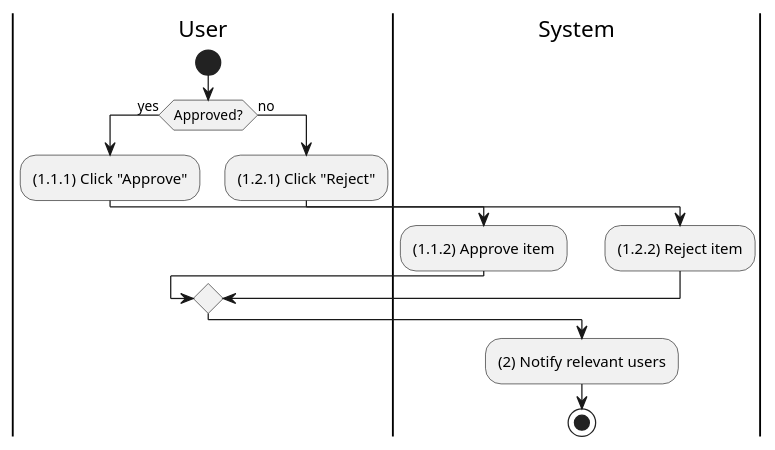
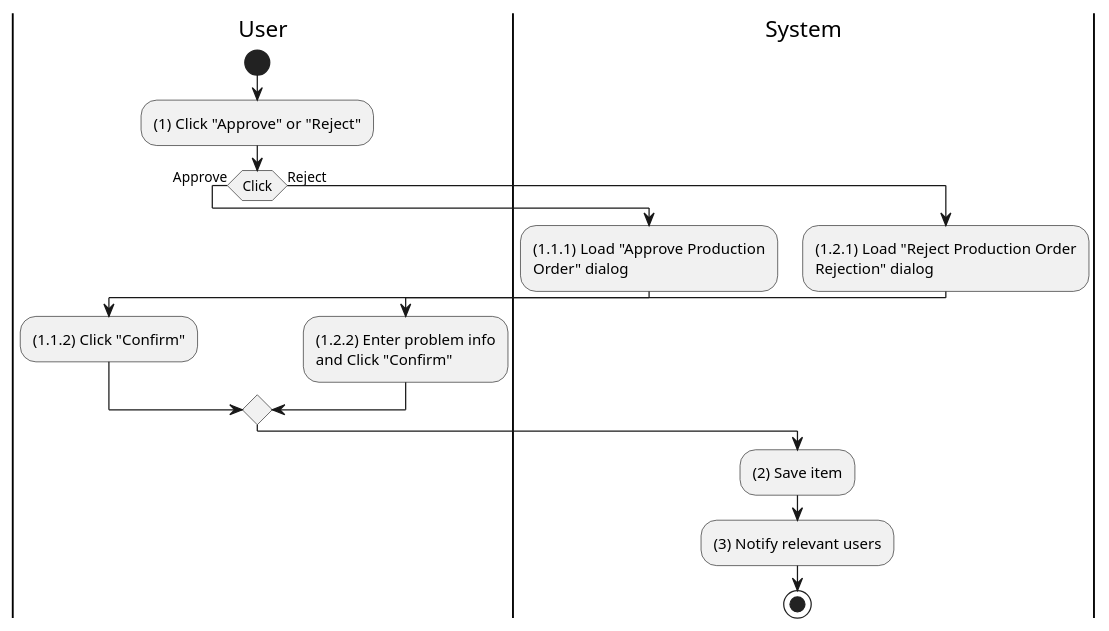
One commit to phihungha/SE357-Practice-class changed the diagram in Lab1/Lab1.2/activities/production-order-approve.plantuml. Above: the diagram before and after it, drawn with PlantUML. The commit also changed 21 other files, not shown here.

Commit message:
Finalize activity diagram

```diff
--- a/Lab1/Lab1.2/activities/production-order-approve.plantuml
+++ b/Lab1/Lab1.2/activities/production-order-approve.plantuml
@@ -1,21 +1,23 @@
 @startuml production-order-approve
 |u|User
 |s|System
 
 |u|
 start
-
-if (Approved?) then (yes)
-    :(1.1.1) Click "Approve";
+:(1) Click "Approve" or "Reject";
+if (Click) then (Approve)
     |s|
-    :(1.1.2) Approve item;
-else (no)
+    :(1.1.1) Load "Approve Production\nOrder" dialog;
     |u|
-    :(1.2.1) Click "Reject";
+    :(1.1.2) Click "Confirm";
+else (Reject)
     |s|
-    :(1.2.2) Reject item;
+    :(1.2.1) Load "Reject Production Order\nRejection" dialog;
+    |u|
+    :(1.2.2) Enter problem info\nand Click "Confirm";
 endif
-
-:(2) Notify relevant users;
+|s|
+:(2) Save item;
+:(3) Notify relevant users;
 stop
 @enduml
```
